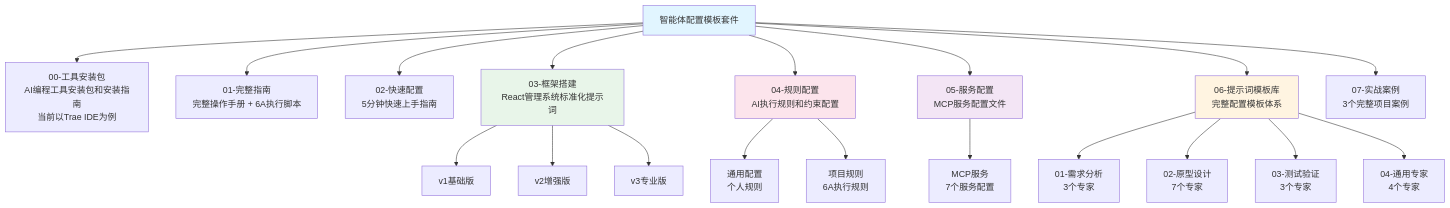
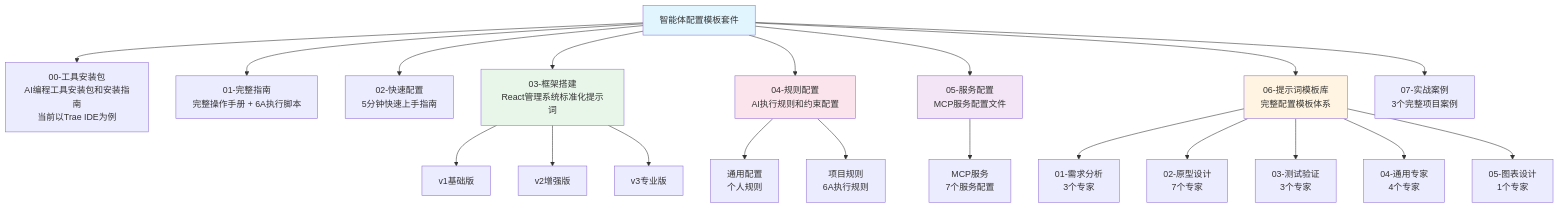
One commit to 466852675/TISHICIKU-2025 changed the diagram in CLAUDE.md. Above: the diagram before and after it, drawn with Mermaid. The commit also changed other lines of this file and 9 other files, not shown here.

First line of the commit message:
docs: 更新CHANGELOG.md、CLAUDE.md和README.md，新增图表设计模块

````diff
--- a/CLAUDE.md
+++ b/CLAUDE.md
@@ -39,33 +39,34 @@
 ```mermaid
 graph TB
     Root[智能体配置模板套件]
     
     Root --> Tools[00-工具安装包<br/>AI编程工具安装包和安装指南<br/>当前以Trae IDE为例]
     Root --> Guide[01-完整指南<br/>完整操作手册 + 6A执行脚本]
     Root --> Quick[02-快速配置<br/>5分钟快速上手指南]
     Root --> Framework[03-框架搭建<br/>React管理系统标准化提示词]
     Root --> Rules[04-规则配置<br/>AI执行规则和约束配置]
     Root --> Service[05-服务配置<br/>MCP服务配置文件]
     Root --> Templates[06-提示词模板库<br/>完整配置模板体系]
     Root --> Cases[07-实战案例<br/>3个完整项目案例]
     
     Templates --> Req[01-需求分析<br/>3个专家]
     Templates --> Design[02-原型设计<br/>7个专家]
     Templates --> Test[03-测试验证<br/>3个专家]
     Templates --> Common[04-通用专家<br/>4个专家]
+    Templates --> Chart[05-图表设计<br/>1个专家]
     
     Framework --> V1[v1基础版]
     Framework --> V2[v2增强版]
     Framework --> V3[v3专业版]
     
     Rules --> Personal[通用配置<br/>个人规则]
     Rules --> Project[项目规则<br/>6A执行规则]
     
     Service --> MCP[MCP服务<br/>7个服务配置]
     
     style Root fill:#e1f5ff
     style Templates fill:#fff4e1
     style Framework fill:#e8f5e9
     style Rules fill:#fce4ec
     style Service fill:#f3e5f5
 ```
````
